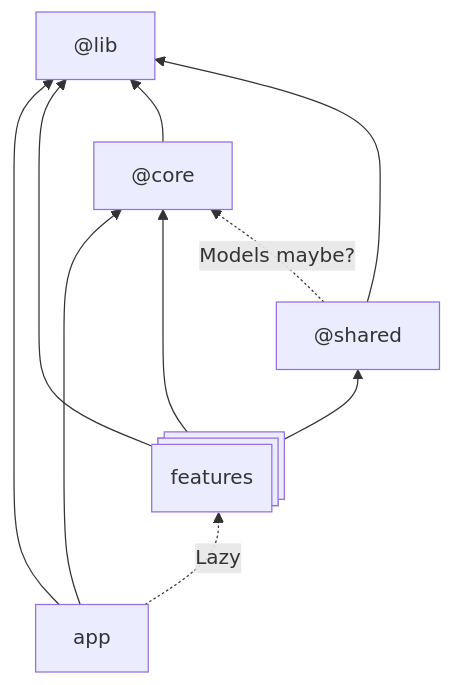
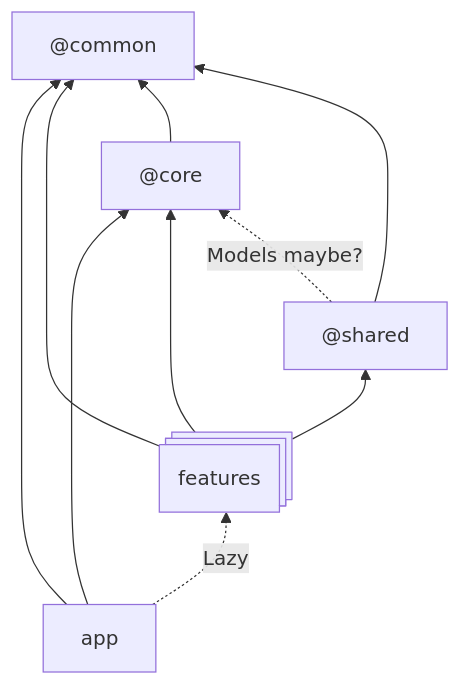
The diagram in README.md (Nanges/ng-playground), drawn with Mermaid before and after one commit. The commit also changed other lines of this file and 33 other files, not shown here.

````diff
--- a/README.md
+++ b/README.md
@@ -7,17 +7,17 @@
 ```mermaid
 flowchart BT
-    lib["@lib"]
+    common["@common"]
     core["@core"]
     shared["@shared"]
     feature@{ shape: procs, label: "features"}
     app
     app --> core
-    app --> lib
+    app --> common
     app -.Lazy.->
-    feature --> lib
+    feature --> common
     feature --> core
     feature --> shared
-    core --> lib
-    shared --> lib
+    core --> common
+    shared --> common
     shared -.Models maybe?.-> core
 ```
````
